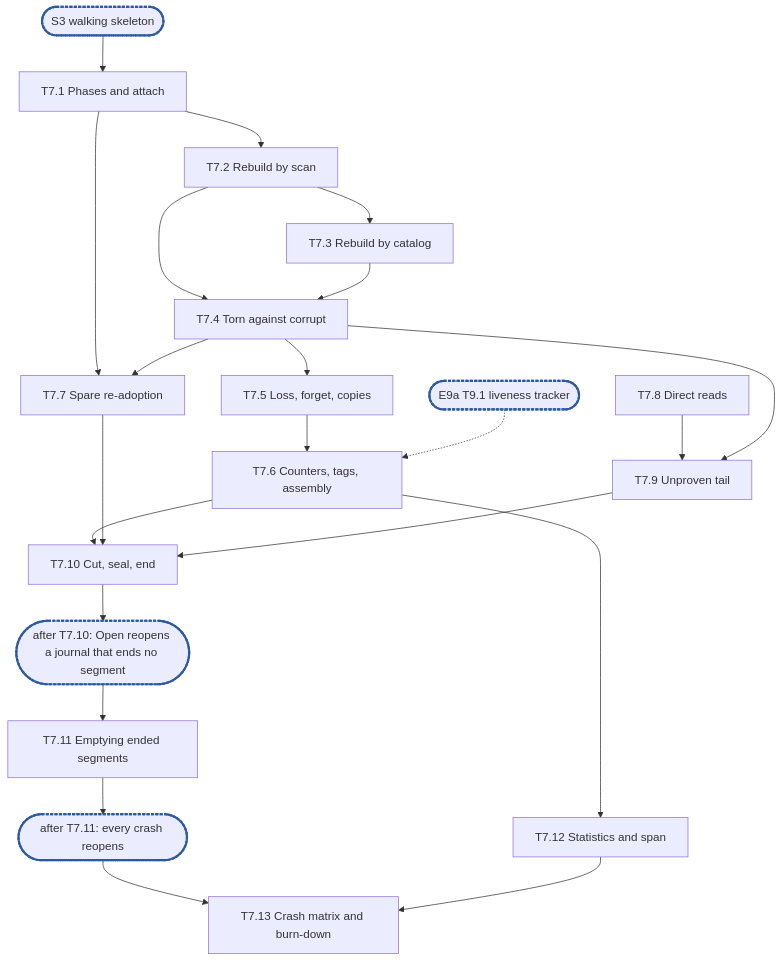
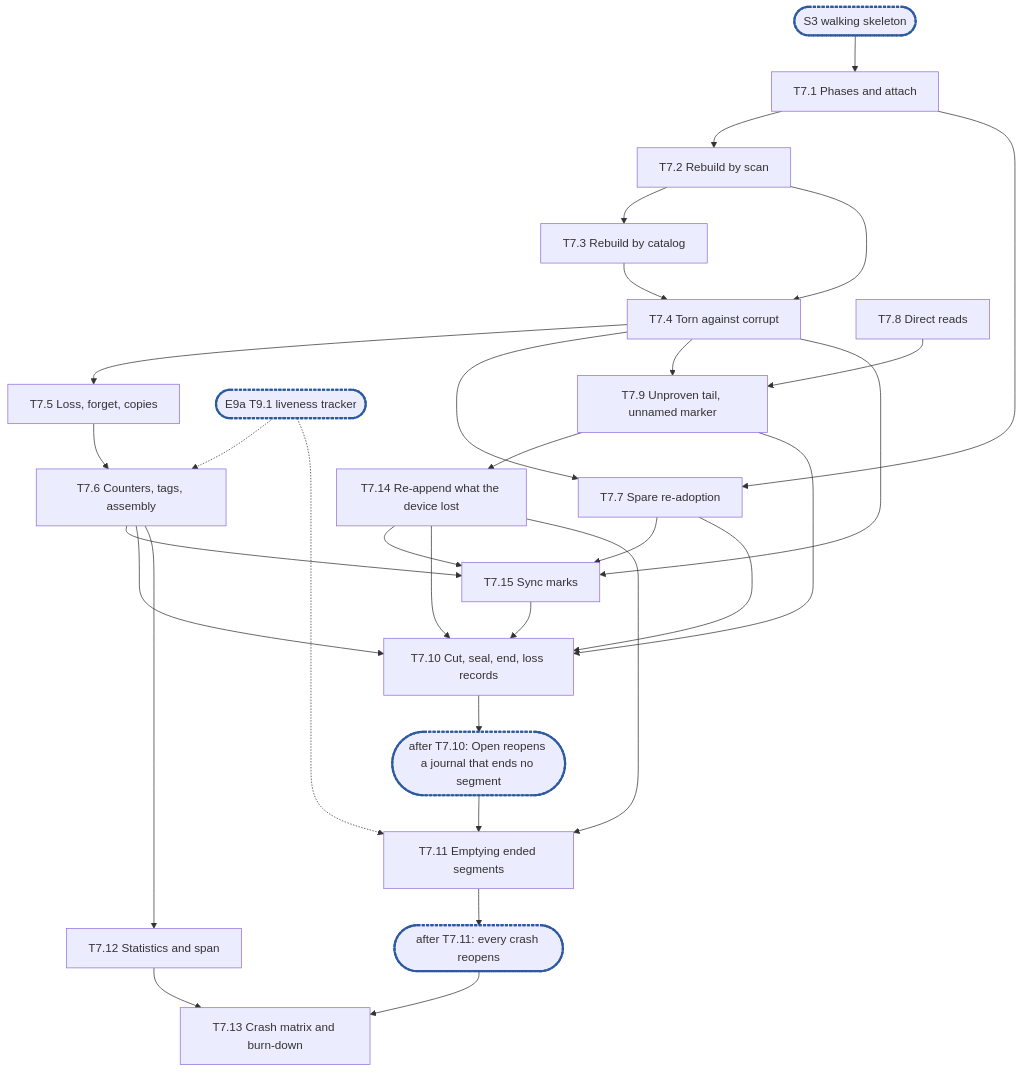
Before and after one commit to marmos91/dittofs: the diagram in docs/internals/planning/rfc-1-journal-epic7a.md, drawn with Mermaid. The commit also changed other lines of this file and 1 other file, not shown here.

````diff
--- a/docs/internals/planning/rfc-1-journal-epic7a.md
+++ b/docs/internals/planning/rfc-1-journal-epic7a.md
@@ -858,20 +1108,24 @@
 ```mermaid
 flowchart TD
   S3(["S3 walking skeleton"]):::sync --> T7_1["T7.1 Phases and attach"]
   T7_1 --> T7_2["T7.2 Rebuild by scan"] --> T7_3["T7.3 Rebuild by catalog"]
   T7_2 --> T7_4["T7.4 Torn against corrupt"]
   T7_3 --> T7_4
   T7_4 --> T7_5["T7.5 Loss, forget, copies"] --> T7_6["T7.6 Counters, tags, assembly"]
   T9_1(["E9a T9.1 liveness tracker"]):::sync -.-> T7_6
   T7_1 --> T7_7["T7.7 Spare re-adoption"]
   T7_4 --> T7_7
-  T7_8["T7.8 Direct reads"] --> T7_9["T7.9 Unproven tail"]
+  T7_8["T7.8 Direct reads"] --> T7_9["T7.9 Unproven tail, unnamed marker"]
   T7_4 --> T7_9
-  T7_6 & T7_7 & T7_9 --> T7_10["T7.10 Cut, seal, end"]
+  T7_9 --> T7_14["T7.14 Re-append what the device lost"]
+  T7_4 & T7_6 & T7_7 & T7_14 --> T7_15["T7.15 Sync marks"]
+  T7_6 & T7_7 & T7_9 & T7_14 & T7_15 --> T7_10["T7.10 Cut, seal, end, loss records"]
   T7_10 --> C1(["after T7.10: Open reopens a journal that ends no segment"]):::sync
   C1 --> T7_11["T7.11 Emptying ended segments"]
+  T7_14 --> T7_11
+  T9_1 -.-> T7_11
   T7_6 --> T7_12["T7.12 Statistics and span"]
   T7_11 --> C2(["after T7.11: every crash reopens"]):::sync
   C2 & T7_12 --> T7_13["T7.13 Crash matrix and burn-down"]
   classDef sync stroke:#2c5aa0,stroke-width:3px,stroke-dasharray:4 2
 ```
````
